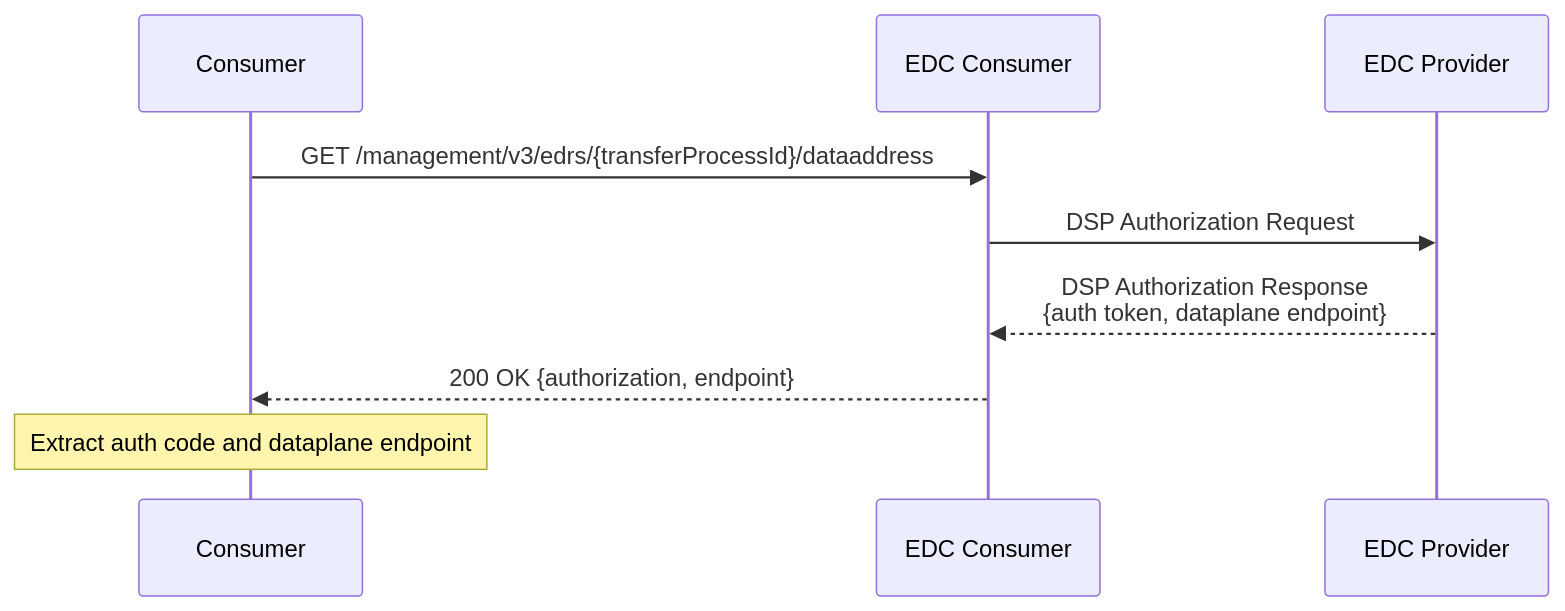
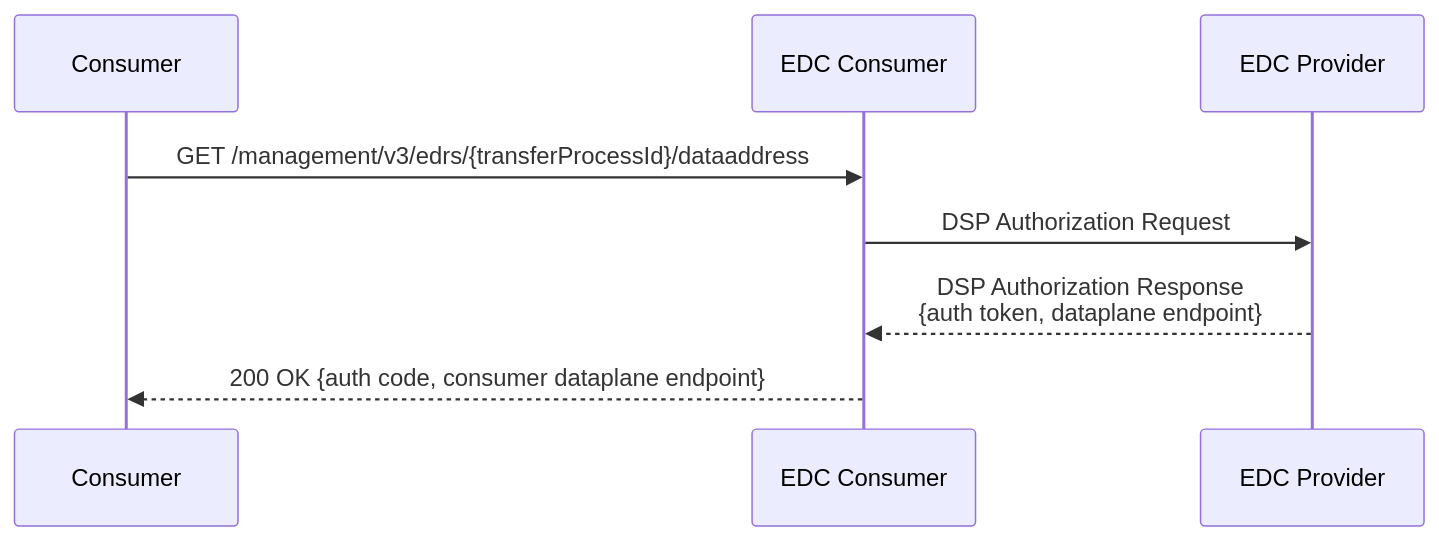
One commit to borrmann-dev/construct-x-edge-k8s changed the seventh of 8 diagrams in scripts/README.md. Above: the diagram before and after it, drawn with Mermaid.

Commit message:
corrected

````diff
--- a/scripts/README.md
+++ b/scripts/README.md
@@ -131,12 +131,11 @@
 ```mermaid
 sequenceDiagram
     participant Consumer
     participant EDC_Consumer as EDC Consumer
     participant EDC_Provider as EDC Provider
 
     Consumer->>EDC_Consumer: GET /management/v3/edrs/{transferProcessId}/dataaddress
     EDC_Consumer->>EDC_Provider: DSP Authorization Request
     EDC_Provider-->>EDC_Consumer: DSP Authorization Response<br/>{auth token, dataplane endpoint}
-    EDC_Consumer-->>Consumer: 200 OK {authorization, endpoint}
-    Note over Consumer: Extract auth code and dataplane endpoint
+    EDC_Consumer-->>Consumer: 200 OK {auth code, consumer dataplane endpoint}
 ```
````
